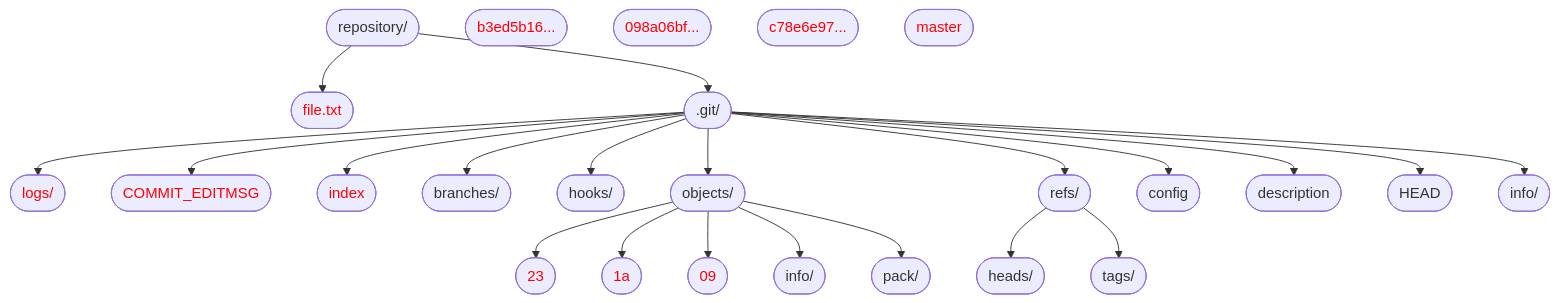
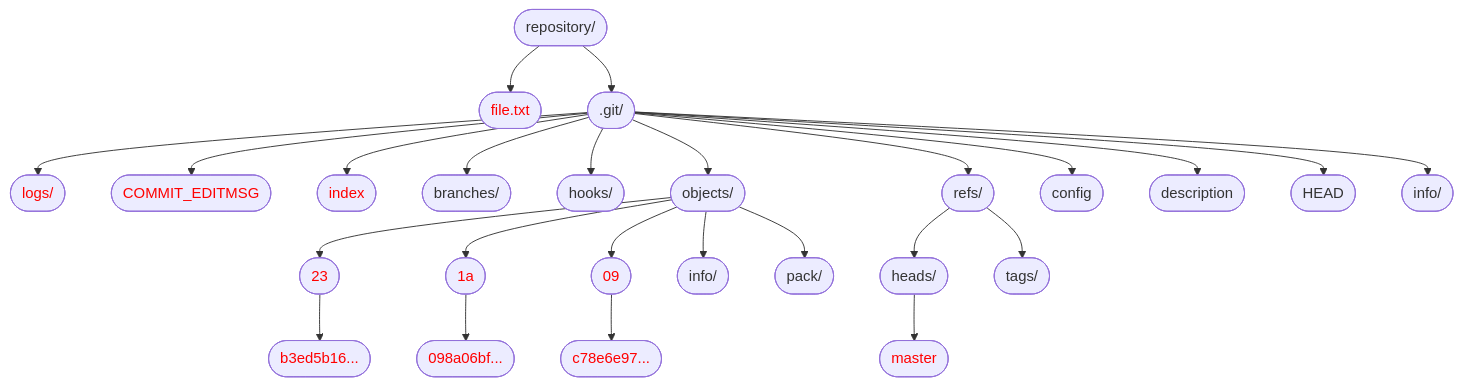
Before and after one commit to hpc2n/course-intro-git: the second of 26 diagrams in docs/basic-concepts.md, drawn with Mermaid.

Commit message:
Adding lecture 3

````diff
--- a/docs/basic-concepts.md
+++ b/docs/basic-concepts.md
@@ -113,60 +113,64 @@
 ```mermaid
 graph TD 
   A(["repository/"])
   B(["file.txt"]) 
   style B color:#FF0000
   C([".git/"])
   D(["logs/"]) 
   style D color:#FF0000
   E(["COMMIT_EDITMSG"])
   style E color:#FF0000
   F(["index"])
   style F color:#FF0000
   G(["branches/"])
   H(["hooks/"])
   I(["objects/"])
   J(["refs/"])
   K(["config"])
   L(["description"])
   M(["HEAD"])
   N(["info/ "])
   O(["23"])
   style O color:#FF0000
   P(["1a"])
   style P color:#FF0000
   Q(["09"])
   style Q color:#FF0000
   R(["info/ "])
   S(["pack/"])
   T(["heads/"])
   U(["tags/"]) 
   V(["b3ed5b16..."])
   style V color:#FF0000
   W(["098a06bf..."])
   style W color:#FF0000
   X(["c78e6e97..."])
   style X color:#FF0000
   Y(["master"])
   style Y color:#FF0000
  
   A --> B
   A --> C
   C --> D
   C --> E
   C --> F
   C --> G
   C --> H
   C --> I
   C --> J
   C --> K
   C --> L 
   C --> M
   C --> N
   I --> O
   I --> P
   I --> Q
   I --> R
   I --> S
   J --> T
   J --> U
+  O --> V
+  P --> W
+  Q --> X
+  T --> Y
 ```
````
